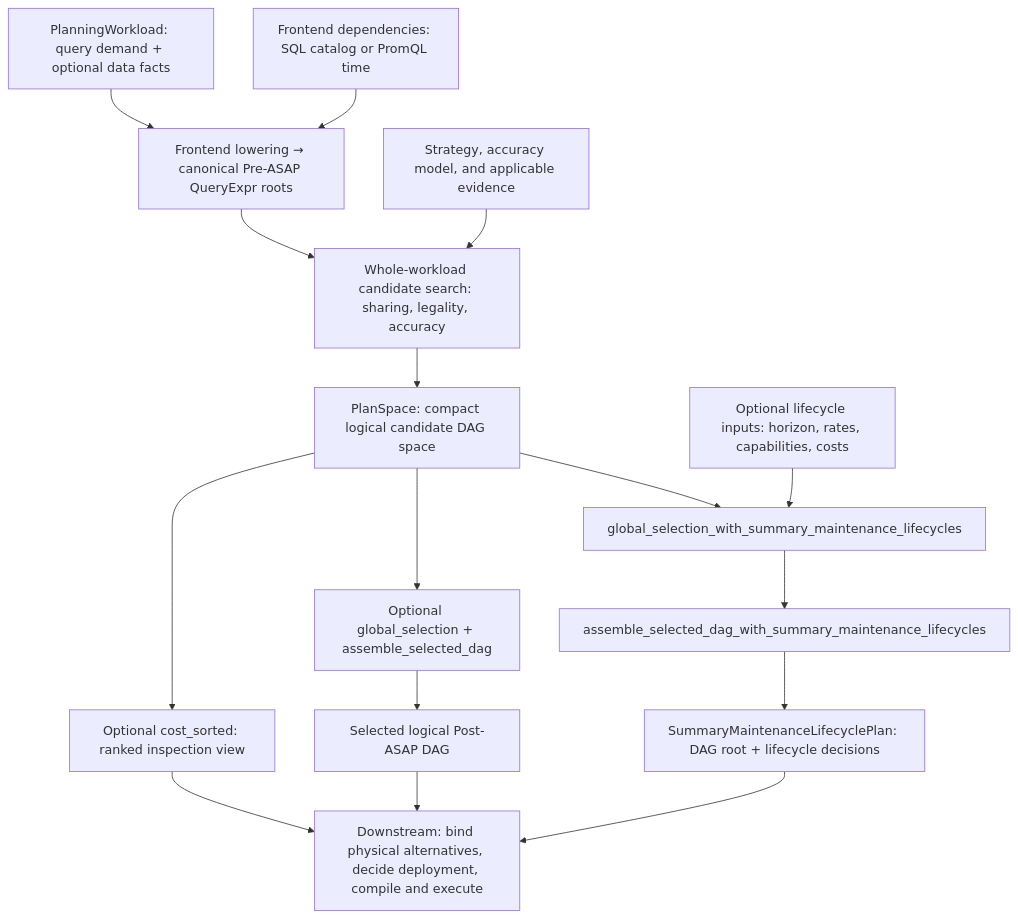
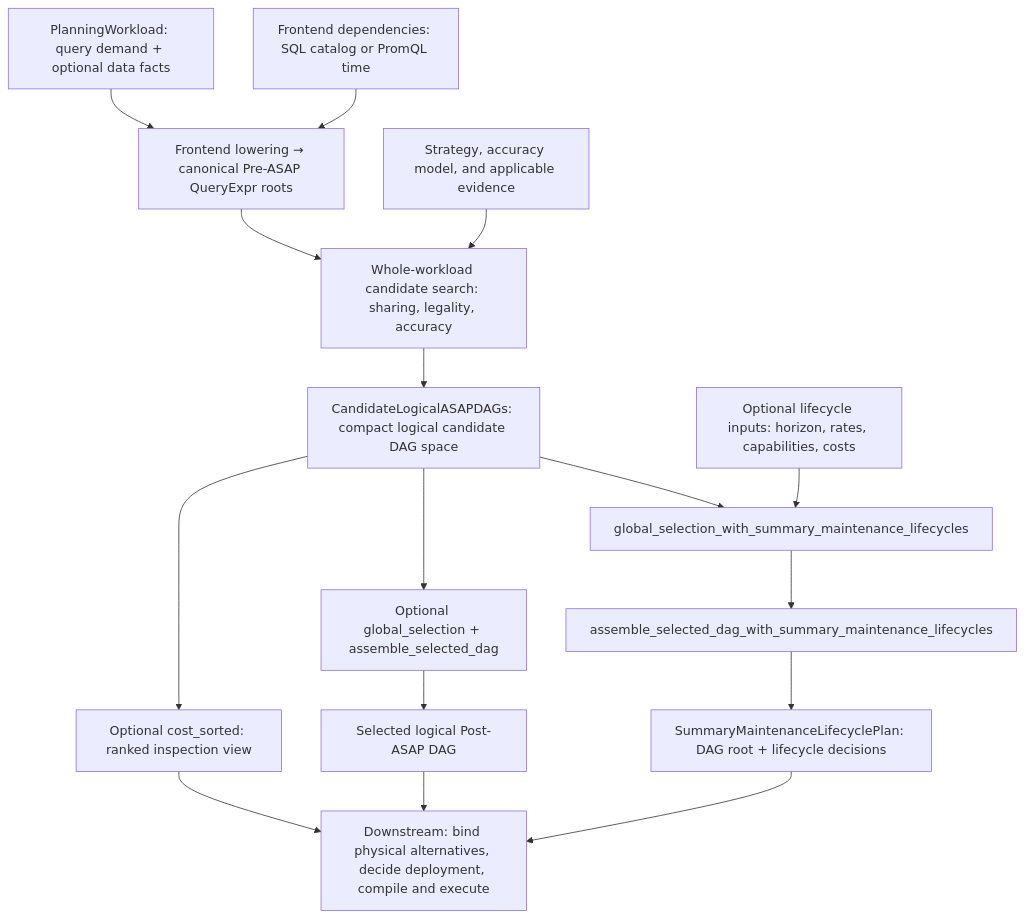
The diagram in docs/design_docs/architecture/README.md (ProjectASAP/ASAPPlanner), drawn with Mermaid before and after one commit. The commit also changed other lines of this file and 42 other files, not shown here.

````diff
--- a/docs/design_docs/architecture/README.md
+++ b/docs/design_docs/architecture/README.md
@@ -15,26 +15,26 @@
 ```mermaid
 flowchart TD
     W["PlanningWorkload: query demand + optional data facts"]
     F["Frontend dependencies: SQL catalog or PromQL time"]
     E["Strategy, accuracy model, and applicable evidence"]
     PRE["Frontend lowering → canonical Pre-ASAP QueryExpr roots"]
     SEARCH["Whole-workload candidate search: sharing, legality, accuracy"]
-    SPACE["PlanSpace: compact logical candidate DAG space"]
+    SPACE["CandidateLogicalASAPDAGs: compact logical candidate DAG space"]
     RANK["Optional cost_sorted: ranked inspection view"]
     SELECT["Optional global_selection + assemble_selected_dag"]
     DAG["Selected logical Post-ASAP DAG"]
     LINPUT["Optional lifecycle inputs: horizon, rates, capabilities, costs"]
     LIFE["global_selection_with_summary_maintenance_lifecycles"]
     LMAT["assemble_selected_dag_with_summary_maintenance_lifecycles"]
     LPLAN["SummaryMaintenanceLifecyclePlan: DAG root + lifecycle decisions"]
     BACKEND["Downstream: bind physical alternatives, decide deployment, compile and execute"]
     W --> PRE
     F --> PRE
     PRE --> SEARCH
     E --> SEARCH
     SEARCH --> SPACE
     SPACE --> RANK --> BACKEND
     SPACE --> SELECT --> DAG --> BACKEND
     SPACE --> LIFE
     LINPUT --> LIFE --> LMAT --> LPLAN --> BACKEND
 ```
````
